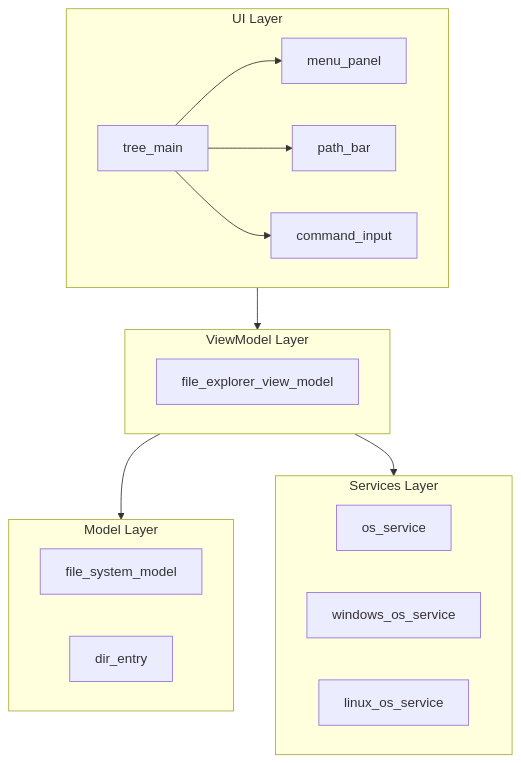
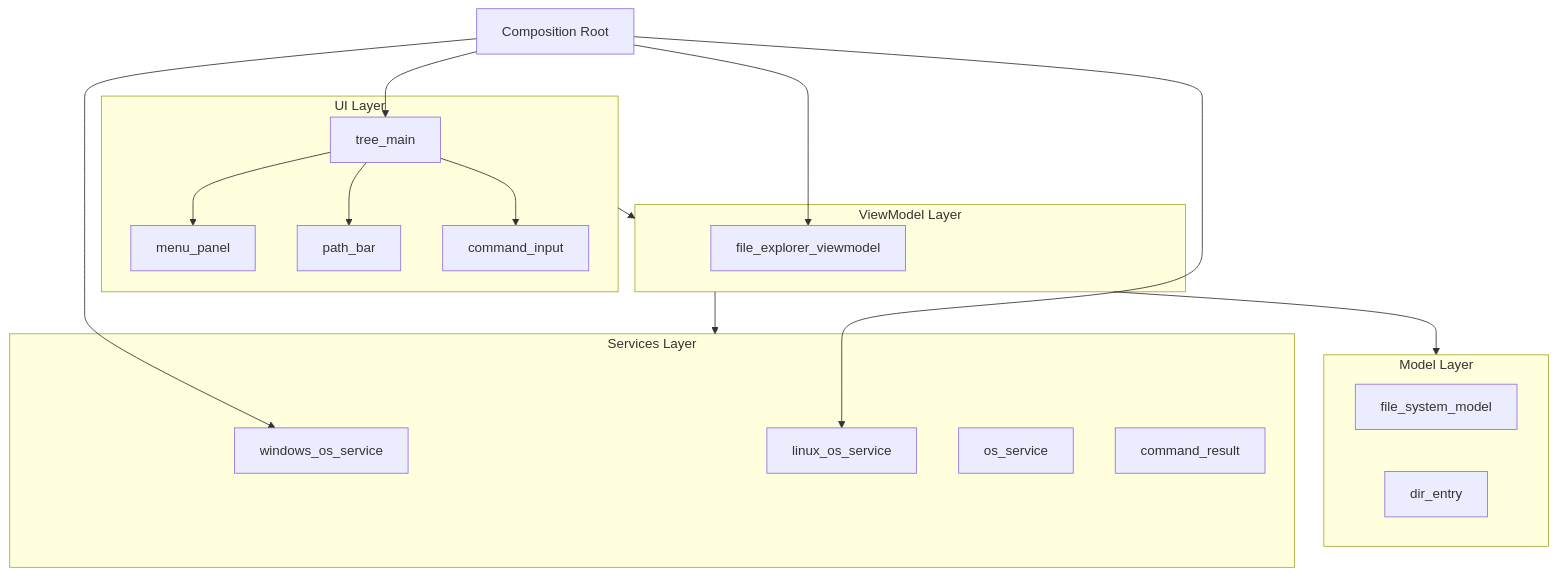
The second of 5 diagrams in docs/architecture.md (45inertia/term-file-explorer), drawn with Mermaid before and after one commit. The commit also changed other lines of this file, not shown here.

First line of the commit message:
docs: update architecture plan

````diff
--- a/docs/architecture.md
+++ b/docs/architecture.md
@@ -95,27 +104,33 @@
 ```mermaid
 flowchart TD
+    main[Composition Root]
+    main --> file_explorer_viewmodel
+    main --> tree_main
+    main --> windows_os_service
+    main --> linux_os_service
     subgraph UI[UI Layer]
         tree_main
         menu_panel
         path_bar
         command_input
     end
     tree_main --> menu_panel
     tree_main --> path_bar
     tree_main --> command_input
     subgraph VM[ViewModel Layer]
-        file_explorer_view_model
+        file_explorer_viewmodel
     end
     subgraph model[Model Layer]
         file_system_model
         dir_entry
     end
     subgraph services[Services Layer]
         os_service
         windows_os_service
         linux_os_service
+        command_result
     end
     UI --> VM
     VM --> model
     VM --> services
 ```
````
